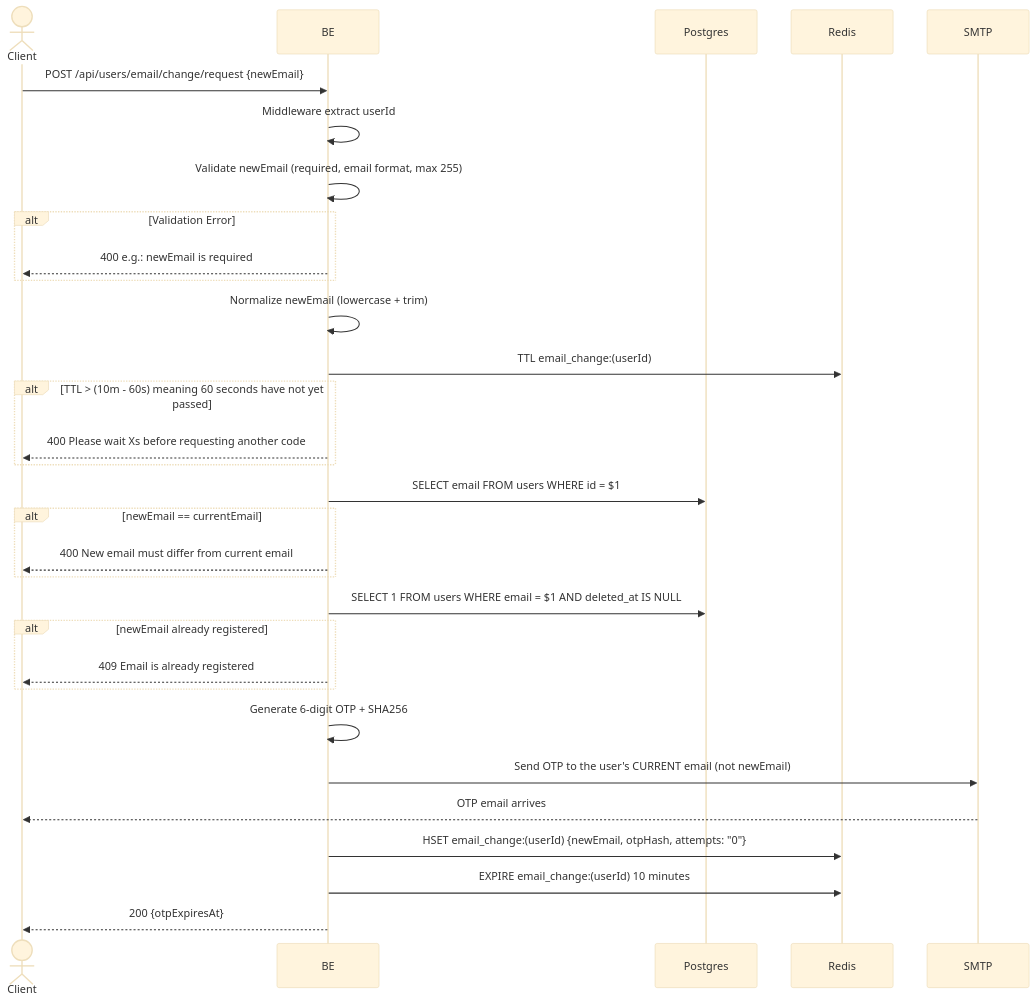
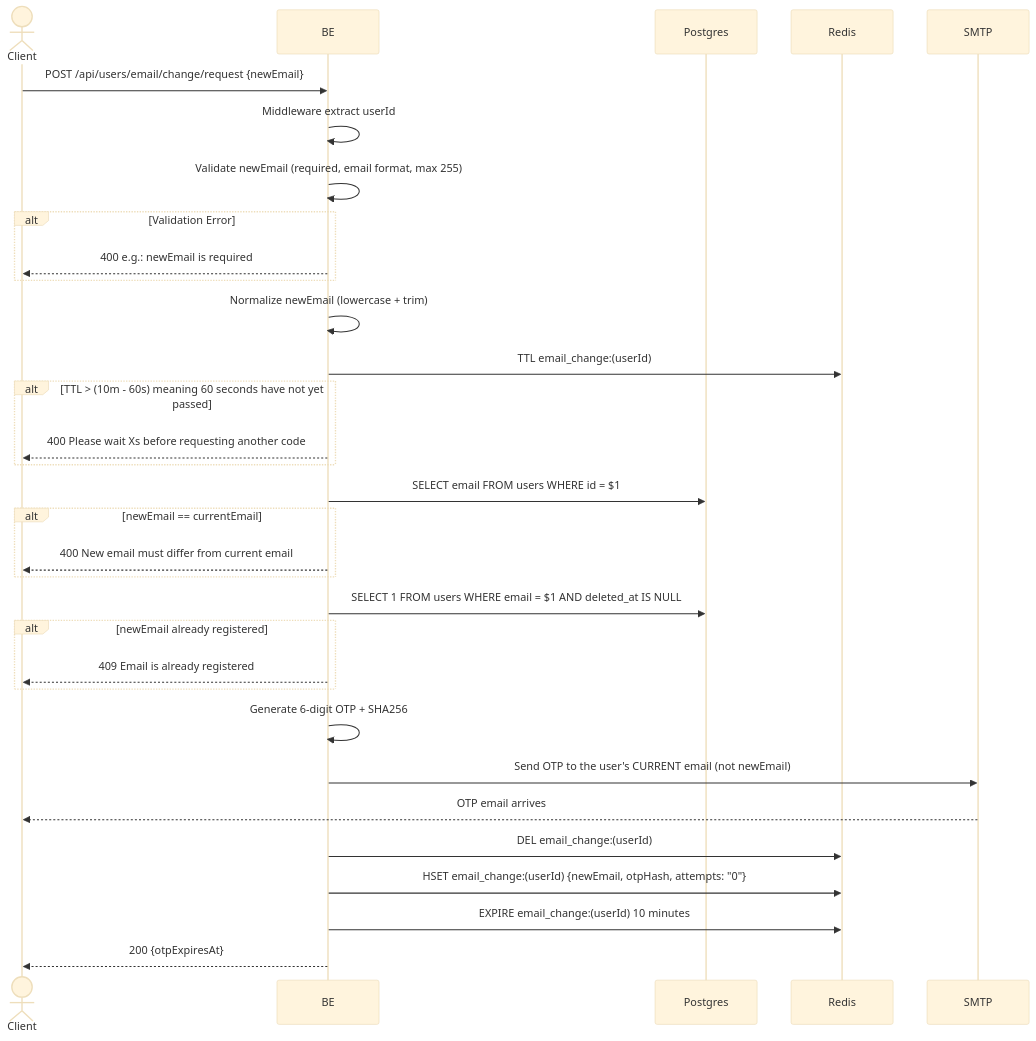
One commit to ferdian3456/virdanproject changed the diagram in docs/flows/en/request_email_change.md. Above: the diagram before and after it, drawn with Mermaid (base theme). The commit also changed other lines of this file and 67 other files, not shown here.

First line of the commit message:
Audit and fix API flow docs; add missing Payment/Chat documentation (#42)

````diff
--- a/docs/flows/en/request_email_change.md
+++ b/docs/flows/en/request_email_change.md
@@ -15,34 +15,35 @@
 ```mermaid
 sequenceDiagram
     actor Client
     participant BE
     participant Postgres
     participant Redis
     participant SMTP
 
     Client->>BE: POST /api/users/email/change/request {newEmail}
     BE->>BE: Middleware extract userId
     BE->>BE: Validate newEmail (required, email format, max 255)
     alt Validation Error
         BE-->>Client: 400 e.g.: newEmail is required
     end
     BE->>BE: Normalize newEmail (lowercase + trim)
     BE->>Redis: TTL email_change:(userId)
     alt TTL > (10m - 60s) meaning 60 seconds have not yet passed
         BE-->>Client: 400 Please wait Xs before requesting another code
     end
     BE->>Postgres: SELECT email FROM users WHERE id = $1
     alt newEmail == currentEmail
         BE-->>Client: 400 New email must differ from current email
     end
     BE->>Postgres: SELECT 1 FROM users WHERE email = $1 AND deleted_at IS NULL
     alt newEmail already registered
         BE-->>Client: 409 Email is already registered
     end
     BE->>BE: Generate 6-digit OTP + SHA256
     BE->>SMTP: Send OTP to the user's CURRENT email (not newEmail)
     SMTP-->>Client: OTP email arrives
+    BE->>Redis: DEL email_change:(userId)
     BE->>Redis: HSET email_change:(userId) {newEmail, otpHash, attempts: "0"}
     BE->>Redis: EXPIRE email_change:(userId) 10 minutes
     BE-->>Client: 200 {otpExpiresAt}
 ```
````
